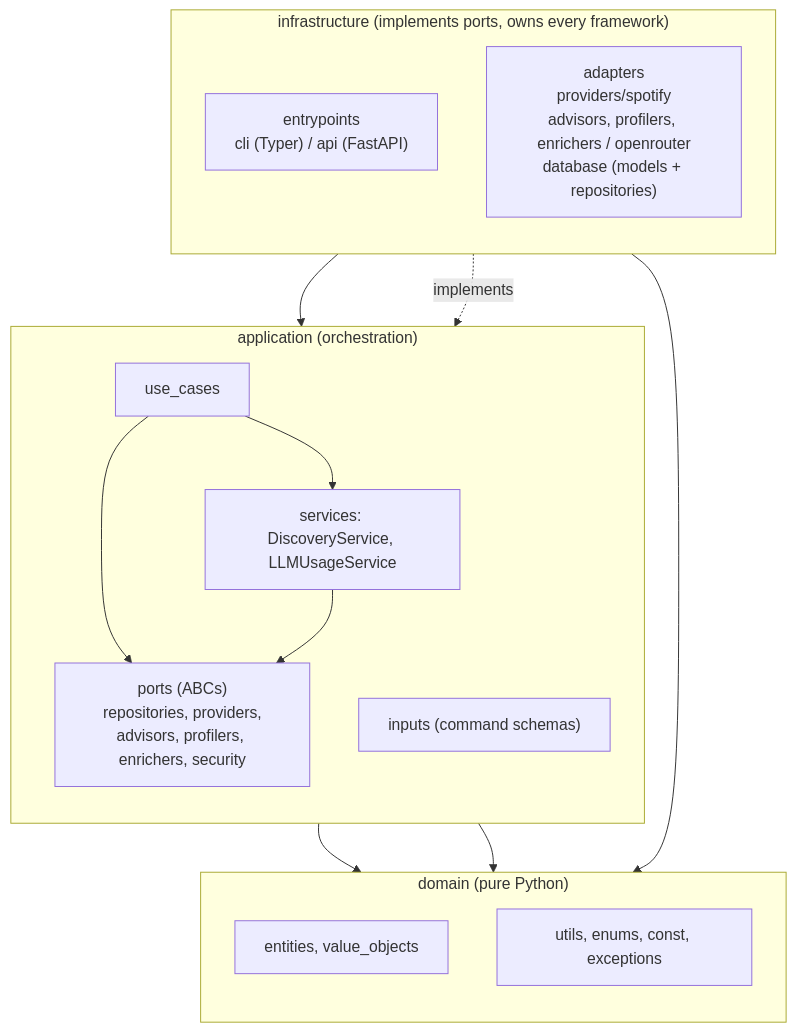
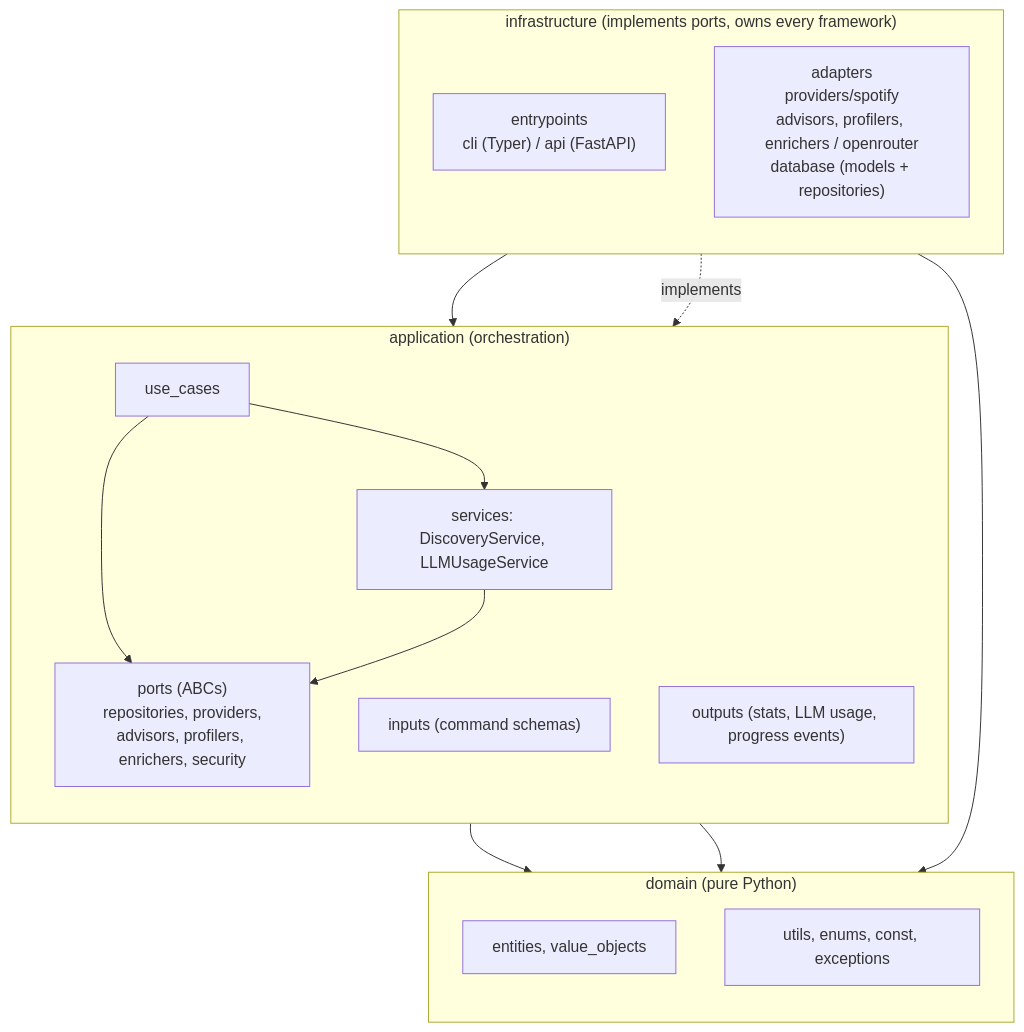
One commit to ychab/museflow changed the first of 2 diagrams in docs/technical/architecture.md. Above: the diagram before and after it, drawn with Mermaid. The commit also changed other lines of this file and 50 other files, not shown here.

First line of the commit message:
refactor(application): move the display outputs out of the domain value objects

````diff
--- a/docs/technical/architecture.md
+++ b/docs/technical/architecture.md
@@ -7,28 +7,29 @@
 ```mermaid
 flowchart TB
     subgraph INFRA["infrastructure (implements ports, owns every framework)"]
         direction TB
         EP["entrypoints<br/>cli (Typer) / api (FastAPI)"]
         AD["adapters<br/>providers/spotify<br/>advisors, profilers, enrichers / openrouter<br/>database (models + repositories)"]
     end
     subgraph APP["application (orchestration)"]
         direction TB
         UC["use_cases"]
         ASVC["services: DiscoveryService, LLMUsageService"]
         PORTS["ports (ABCs)<br/>repositories, providers,<br/>advisors, profilers, enrichers, security"]
         INP["inputs (command schemas)"]
+        OUT["outputs (stats, LLM usage, progress events)"]
     end
     subgraph DOM["domain (pure Python)"]
         direction TB
         ENT["entities, value_objects"]
         UTL["utils, enums, const, exceptions"]
     end
     EP --> UC
     UC --> PORTS
     UC --> ASVC
     ASVC --> PORTS
     UC --> ENT
     AD -.implements.-> PORTS
     AD --> ENT
     PORTS --> ENT
 ```
````
